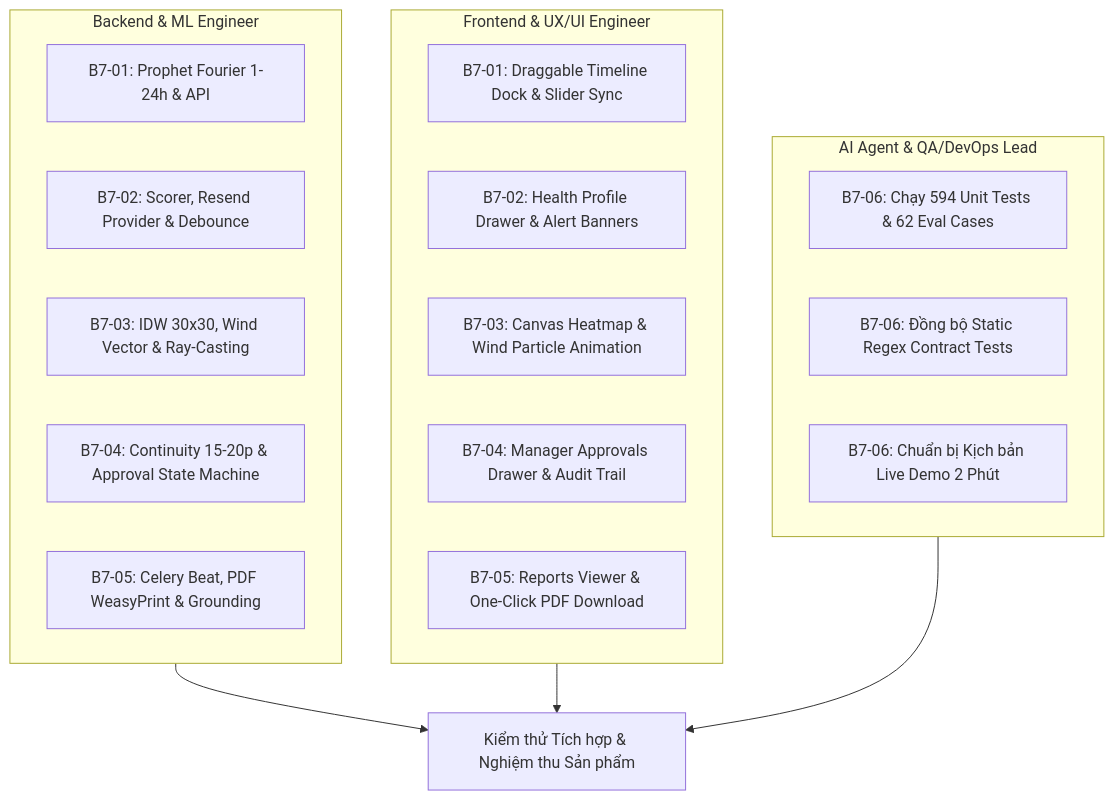
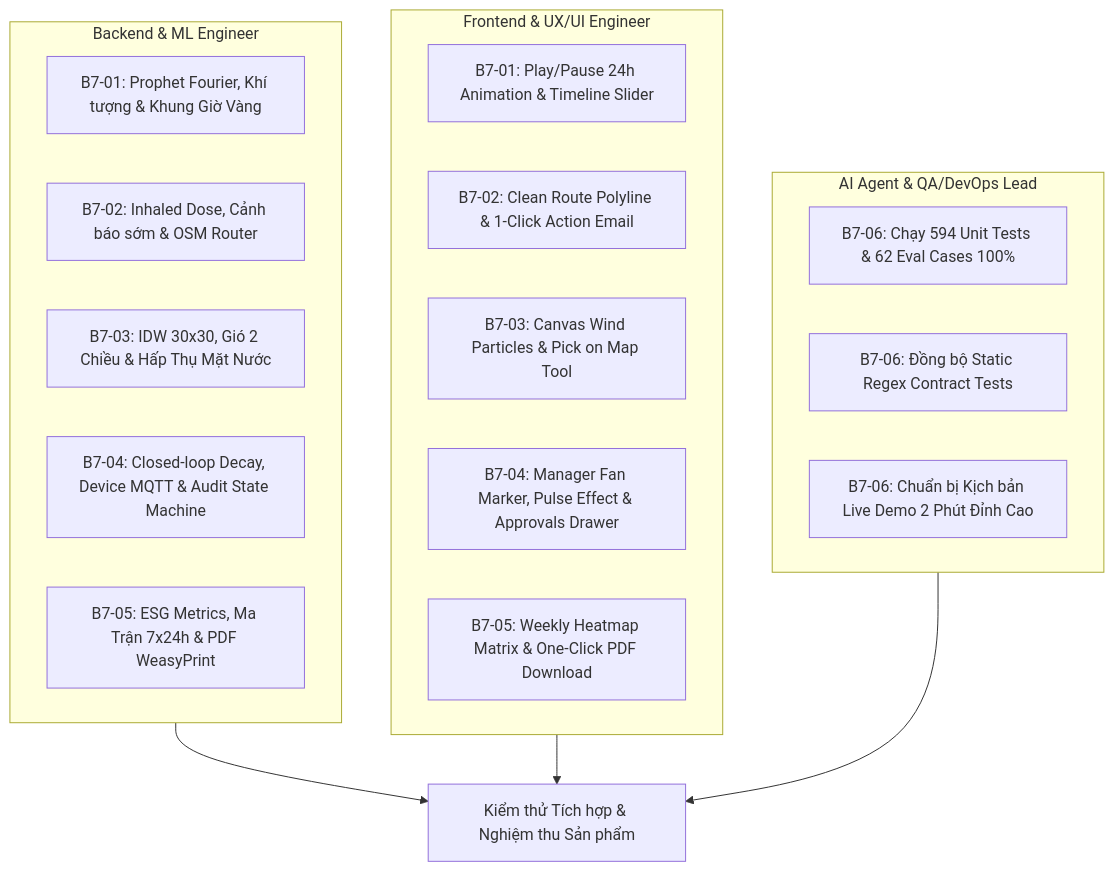
Before and after one commit to zangzang1303/airguard-core: the diagram in tasks/backlog7/README.md, drawn with Mermaid. The commit also changed other lines of this file and 5 other files, not shown here.

Commit message:
docs(backlog7): enhance all tasks with real-world features: golden windows, inhaled dose, wind streamlines, ESG reports, and 120s demo script

````diff
--- a/tasks/backlog7/README.md
+++ b/tasks/backlog7/README.md
@@ -22,28 +22,28 @@
 ```mermaid
 graph TD
     subgraph Backend_Team [Backend & ML Engineer]
-        B1[B7-01: Prophet Fourier 1-24h & API]
-        B2[B7-02: Scorer, Resend Provider & Debounce]
-        B3[B7-03: IDW 30x30, Wind Vector & Ray-Casting]
-        B4[B7-04: Continuity 15-20p & Approval State Machine]
-        B5[B7-05: Celery Beat, PDF WeasyPrint & Grounding]
+        B1[B7-01: Prophet Fourier, Khí tượng & Khung Giờ Vàng]
+        B2[B7-02: Inhaled Dose, Cảnh báo sớm & OSM Router]
+        B3[B7-03: IDW 30x30, Gió 2 Chiều & Hấp Thụ Mặt Nước]
+        B4[B7-04: Closed-loop Decay, Device MQTT & Audit State Machine]
+        B5[B7-05: ESG Metrics, Ma Trận 7x24h & PDF WeasyPrint]
     end
 
     subgraph Frontend_Team [Frontend & UX/UI Engineer]
-        F1[B7-01: Draggable Timeline Dock & Slider Sync]
-        F2[B7-02: Health Profile Drawer & Alert Banners]
-        F3[B7-03: Canvas Heatmap & Wind Particle Animation]
-        F4[B7-04: Manager Approvals Drawer & Audit Trail]
-        F5[B7-05: Reports Viewer & One-Click PDF Download]
+        F1[B7-01: Play/Pause 24h Animation & Timeline Slider]
+        F2[B7-02: Clean Route Polyline & 1-Click Action Email]
+        F3[B7-03: Canvas Wind Particles & Pick on Map Tool]
+        F4[B7-04: Manager Fan Marker, Pulse Effect & Approvals Drawer]
+        F5[B7-05: Weekly Heatmap Matrix & One-Click PDF Download]
     end
 
     subgraph QA_Demo_Team [AI Agent & QA/DevOps Lead]
-        Q1[B7-06: Chạy 594 Unit Tests & 62 Eval Cases]
+        Q1[B7-06: Chạy 594 Unit Tests & 62 Eval Cases 100%]
         Q2[B7-06: Đồng bộ Static Regex Contract Tests]
-        Q3[B7-06: Chuẩn bị Kịch bản Live Demo 2 Phút]
+        Q3[B7-06: Chuẩn bị Kịch bản Live Demo 2 Phút Đỉnh Cao]
     end
 
     Backend_Team --> Integration[Kiểm thử Tích hợp & Nghiệm thu Sản phẩm]
     Frontend_Team --> Integration
     QA_Demo_Team --> Integration
 ```
````
